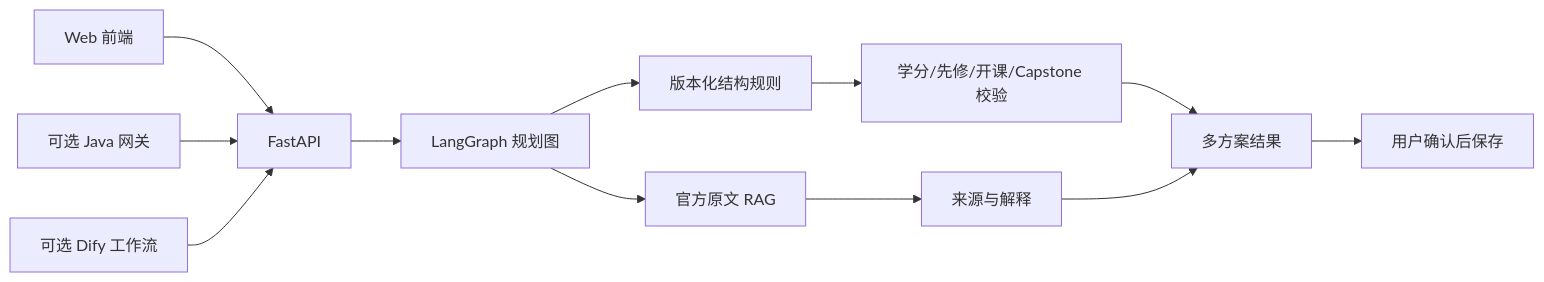
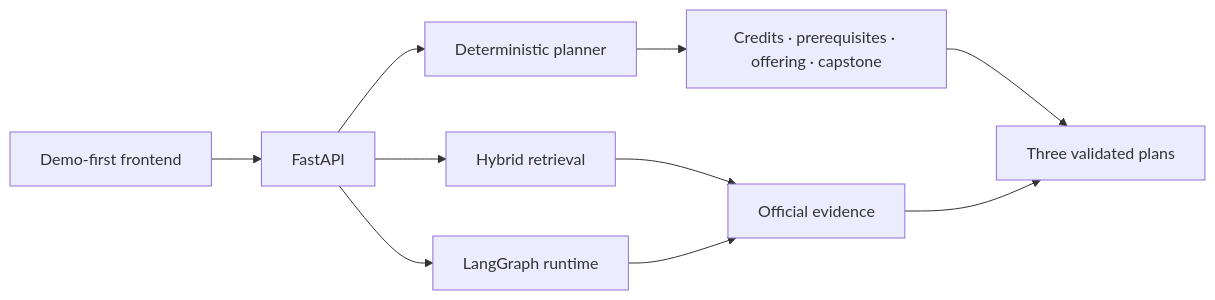
The diagram in README.md (Yulong713-21/campuspilot-rag-agent), drawn with Mermaid before and after one commit. The commit also changed other lines of this file and 28 other files, not shown here.

````diff
--- a/README.md
+++ b/README.md
@@ -49,14 +26,12 @@
 ```mermaid
 flowchart LR
-    UI["Web 前端"] --> API["FastAPI"]
-    JAVA["可选 Java 网关"] --> API
-    DIFY["可选 Dify 工作流"] --> API
-    API --> GRAPH["LangGraph 规划图"]
-    GRAPH --> RULES["版本化结构规则"]
-    GRAPH --> RAG["官方原文 RAG"]
-    RULES --> VALIDATE["学分/先修/开课/Capstone 校验"]
-    RAG --> EVIDENCE["来源与解释"]
-    VALIDATE --> ANSWER["多方案结果"]
-    EVIDENCE --> ANSWER
-    ANSWER --> HITL["用户确认后保存"]
+    UI["Demo-first frontend"] --> API["FastAPI"]
+    API --> RULES["Deterministic planner"]
+    API --> AGENT["LangGraph runtime"]
+    API --> RAG["Hybrid retrieval"]
+    RULES --> CHECKS["Credits · prerequisites · offering · capstone"]
+    RAG --> EVIDENCE["Official evidence"]
+    AGENT --> EVIDENCE
+    CHECKS --> RESULT["Three validated plans"]
+    EVIDENCE --> RESULT
 ```
````
